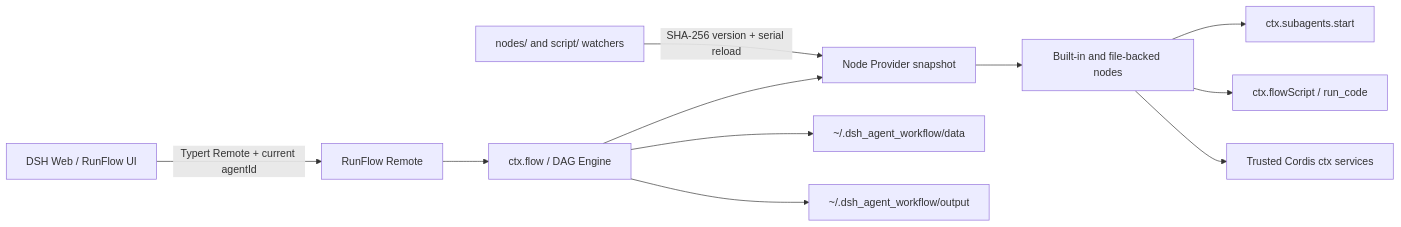
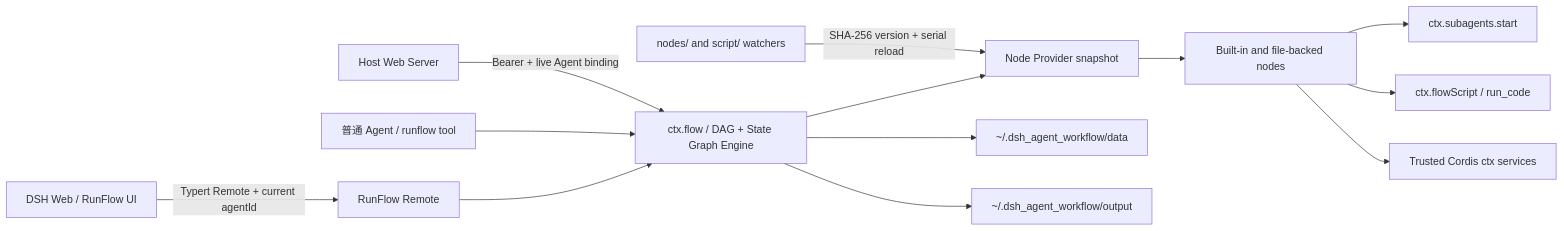
Before and after one commit to breaking153/dsh-runflow: the diagram in README.md, drawn with Mermaid. The commit also changed other lines of this file and 82 other files, not shown here.

Commit message:
feat: add state graphs, trigger ingress and scoped Flow runtime

````diff
--- a/README.md
+++ b/README.md
@@ -148,13 +151,15 @@
 ```mermaid
 flowchart LR
   UI[DSH Web / RunFlow UI] -->|Typert Remote + current agentId| REMOTE[RunFlow Remote]
-  REMOTE --> FLOW[ctx.flow / DAG Engine]
+  REMOTE --> FLOW[ctx.flow / DAG + State Graph Engine]
+  AGENT[普通 Agent / runflow tool] --> FLOW
+  WEB[Host Web Server] -->|Bearer + live Agent binding| FLOW
   FLOW --> SNAPSHOT[Node Provider snapshot]
   SNAPSHOT --> NODE[Built-in and file-backed nodes]
   NODE --> SUB[ctx.subagents.start]
   NODE --> CODE[ctx.flowScript / run_code]
   NODE --> HOST[Trusted Cordis ctx services]
   FLOW --> DATA[~/.dsh_agent_workflow/data]
   FLOW --> OUTPUT[~/.dsh_agent_workflow/output]
   WATCH[nodes/ and script/ watchers] -->|SHA-256 version + serial reload| SNAPSHOT
 ```
````
